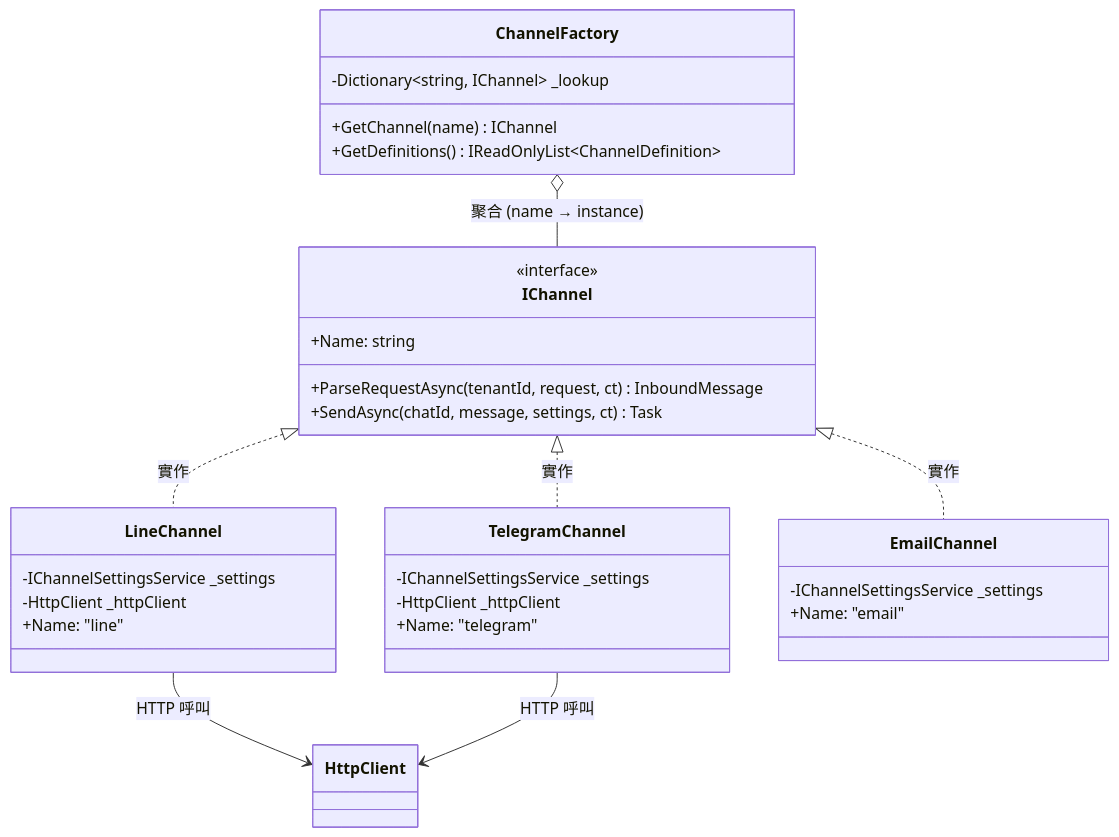
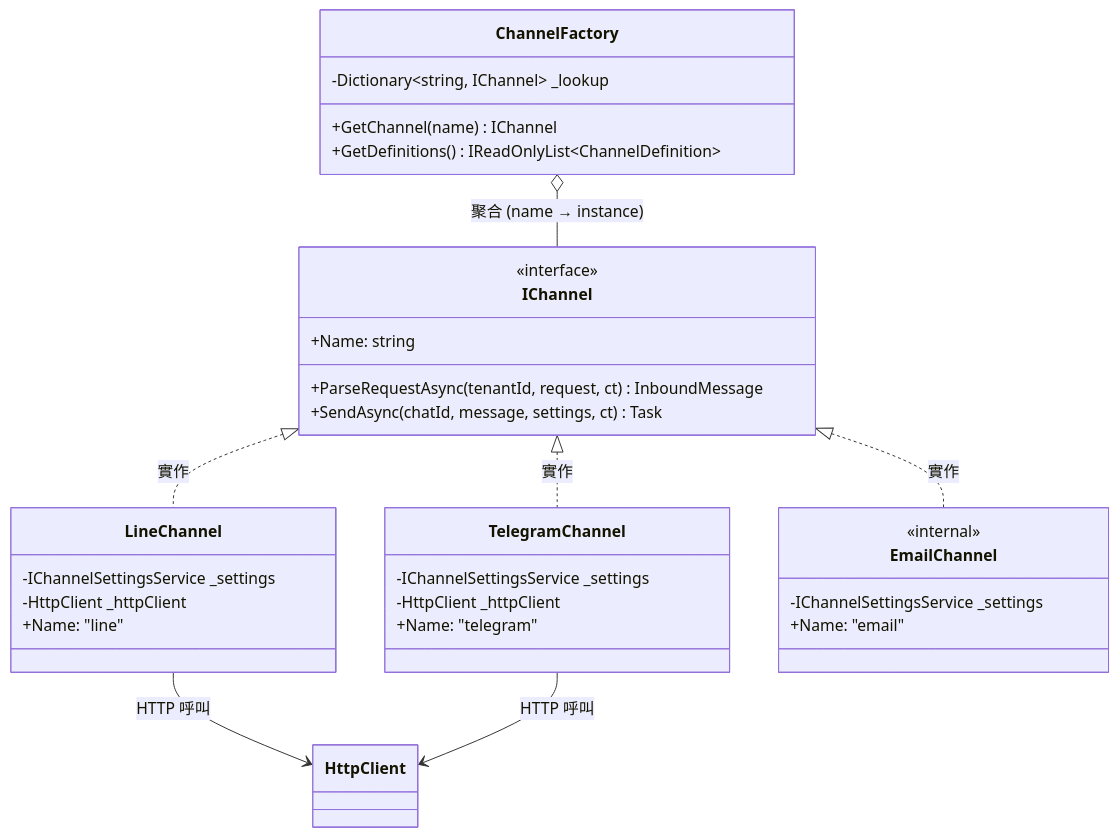
The second of 8 diagrams in docs/ARCHITECTURE_OVERVIEW.md (bruceagentadmin/MessageHub), drawn with Mermaid before and after one commit. The commit also changed other lines of this file and 15 other files, not shown here.

````diff
--- a/docs/ARCHITECTURE_OVERVIEW.md
+++ b/docs/ARCHITECTURE_OVERVIEW.md
@@ -90,42 +90,43 @@
 ```mermaid
 classDiagram
     direction TB
 
     class IChannel {
         <<interface>>
         +Name: string
         +ParseRequestAsync(tenantId, request, ct) InboundMessage
         +SendAsync(chatId, message, settings, ct) Task
     }
 
     class ChannelFactory {
         -Dictionary~string, IChannel~ _lookup
         +GetChannel(name) IChannel
         +GetDefinitions() IReadOnlyList~ChannelDefinition~
     }
 
     class LineChannel {
         -IChannelSettingsService _settings
         -HttpClient _httpClient
         +Name: "line"
     }
 
     class TelegramChannel {
         -IChannelSettingsService _settings
         -HttpClient _httpClient
         +Name: "telegram"
     }
 
     class EmailChannel {
+        <<internal>>
         -IChannelSettingsService _settings
         +Name: "email"
     }
 
     IChannel <|.. LineChannel : 實作
     IChannel <|.. TelegramChannel : 實作
     IChannel <|.. EmailChannel : 實作
     ChannelFactory o-- IChannel : 聚合 (name → instance)
 
     LineChannel --> HttpClient : HTTP 呼叫
     TelegramChannel --> HttpClient : HTTP 呼叫
 ```
````
